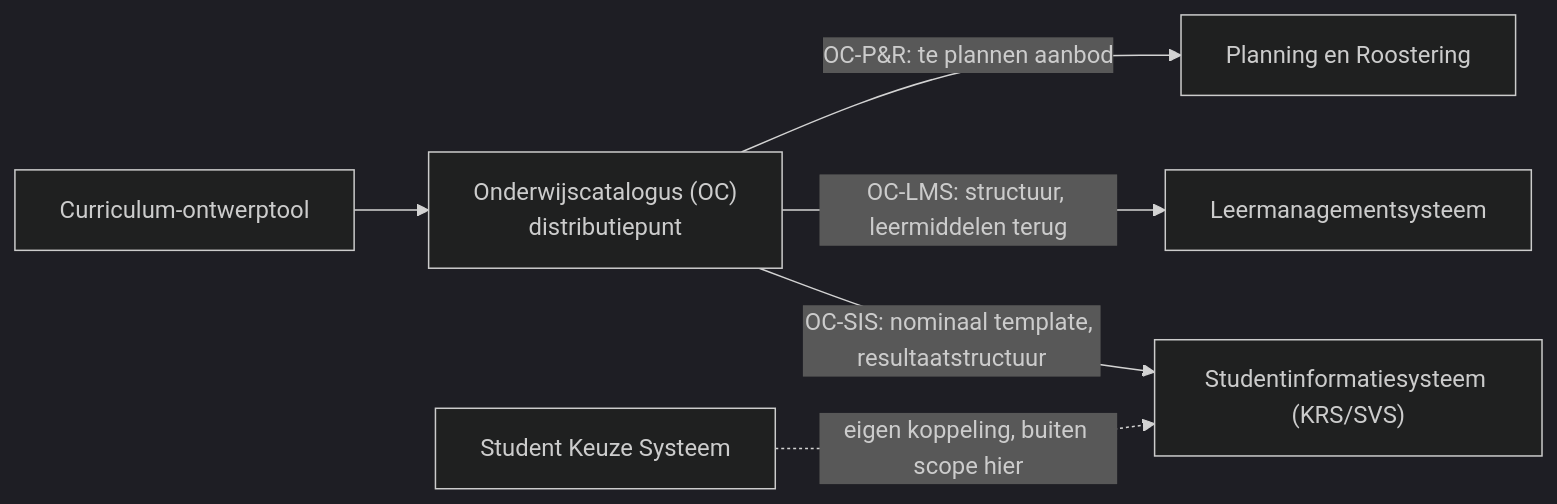
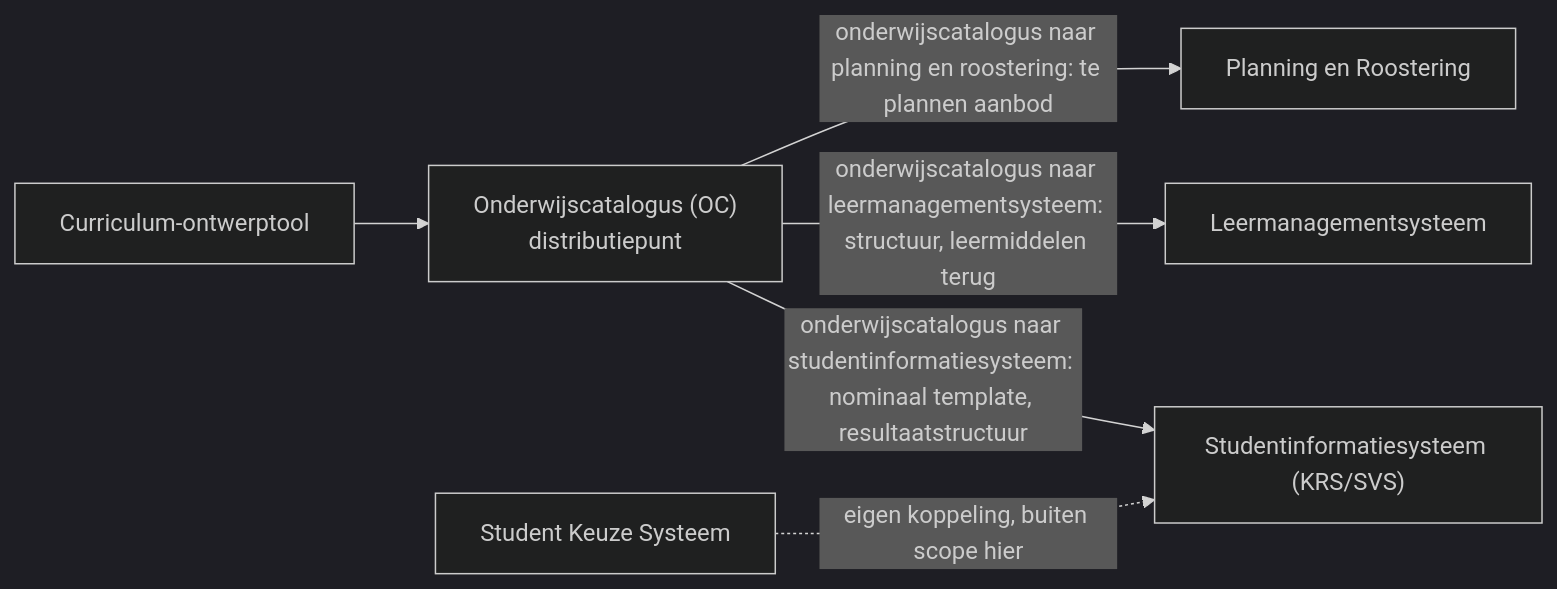
One commit to Npuls-OKx/Public changed the diagram in Koppelvlakspecificaties/README.md. Above: the diagram before and after it, drawn with Mermaid (dark theme). The commit also changed other lines of this file and 45 other files, not shown here.

````diff
--- a/Koppelvlakspecificaties/README.md
+++ b/Koppelvlakspecificaties/README.md
@@ -11,8 +11,8 @@
 ```mermaid
 flowchart LR
     CO["Curriculum-ontwerptool"] --> OC["Onderwijscatalogus (OC)<br/>distributiepunt"]
-    OC -->|"OC-P&R: te plannen aanbod"| PR["Planning en Roostering"]
-    OC -->|"OC-LMS: structuur, leermiddelen terug"| LMS["Leermanagementsysteem"]
-    OC -->|"OC-SIS: nominaal template, resultaatstructuur"| SIS["Studentinformatiesysteem (KRS/SVS)"]
+    OC -->|"onderwijscatalogus naar planning en roostering: te plannen aanbod"| PR["Planning en Roostering"]
+    OC -->|"onderwijscatalogus naar leermanagementsysteem: structuur, leermiddelen terug"| LMS["Leermanagementsysteem"]
+    OC -->|"onderwijscatalogus naar studentinformatiesysteem: nominaal template, resultaatstructuur"| SIS["Studentinformatiesysteem (KRS/SVS)"]
     SKS["Student Keuze Systeem"] -. "eigen koppeling, buiten scope hier" .-> SIS
 ```
````
